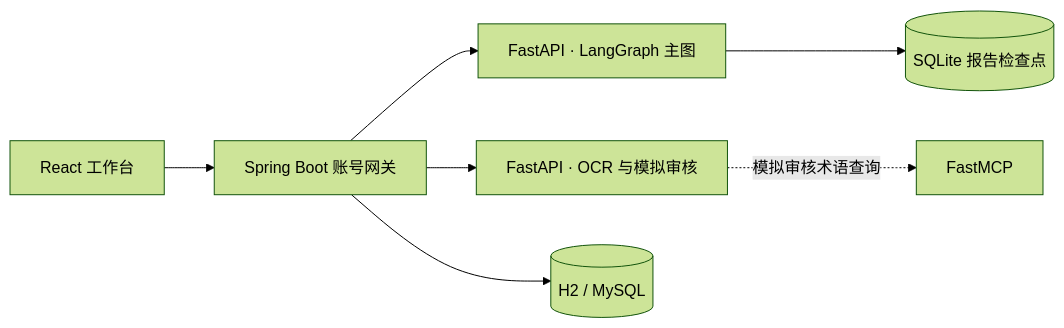
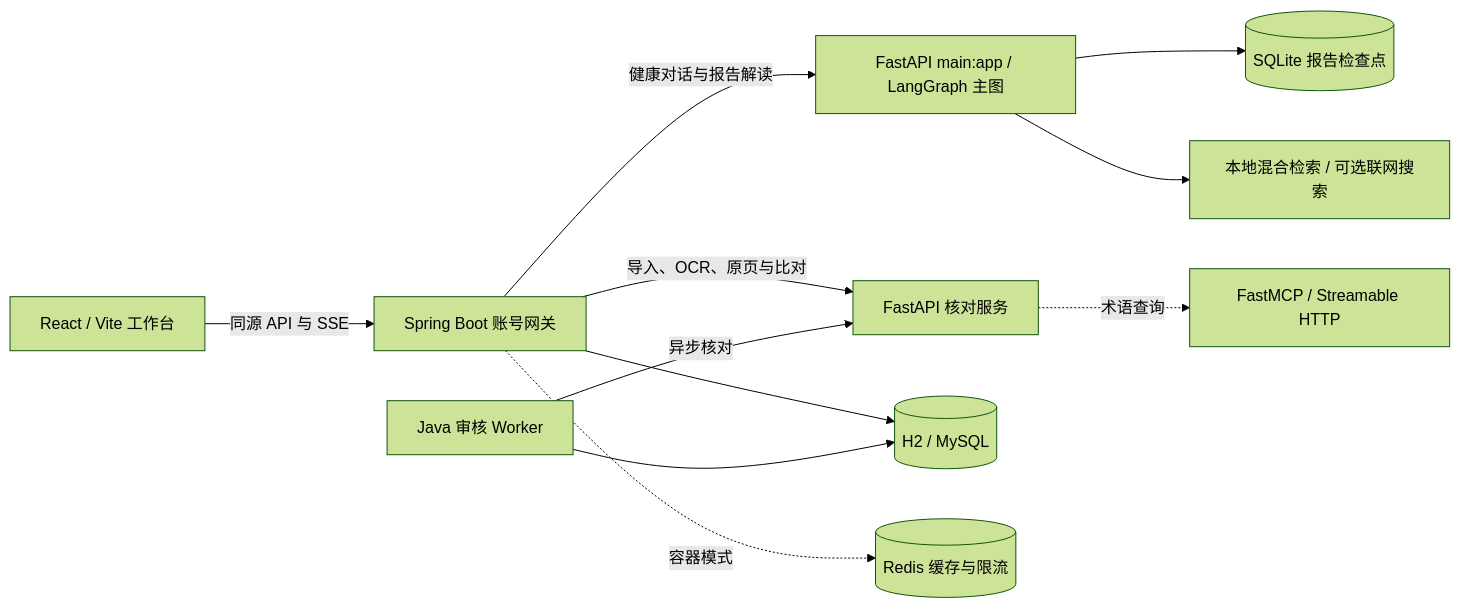
Before and after one commit to leWLW-le/Medical-Health-Agent-Workbench: the diagram in README.md, drawn with Mermaid (forest theme). The commit also changed other lines of this file and 50 other files, not shown here.

````diff
--- a/README.md
+++ b/README.md
@@ -13,9 +44,13 @@
 ```mermaid
 flowchart LR
-    UI["React 工作台"] --> Gateway["Spring Boot 账号网关"]
-    Gateway --> Health["FastAPI · LangGraph 主图"]
-    Gateway --> Audit["FastAPI · OCR 与模拟审核"]
-    Gateway --> DB[("H2 / MySQL")]
-    Health --> Checkpoint[("SQLite 报告检查点")]
-    Audit -. 模拟审核术语查询 .-> MCP["FastMCP"]
+    UI["React / Vite 工作台"] -->|同源 API 与 SSE| API["Spring Boot 账号网关"]
+    API -->|健康对话与报告解读| Health["FastAPI main:app / LangGraph 主图"]
+    API -->|导入、OCR、原页与比对| Audit["FastAPI 核对服务"]
+    API --> DB[("H2 / MySQL")]
+    Worker["Java 审核 Worker"] --> DB
+    Worker -->|异步核对| Audit
+    API -. 容器模式 .-> Redis[("Redis 缓存与限流")]
+    Health --> Checkpoints[("SQLite 报告检查点")]
+    Health --> RAG["本地混合检索 / 可选联网搜索"]
+    Audit -. 术语查询 .-> MCP["FastMCP / Streamable HTTP"]
 ```
````
